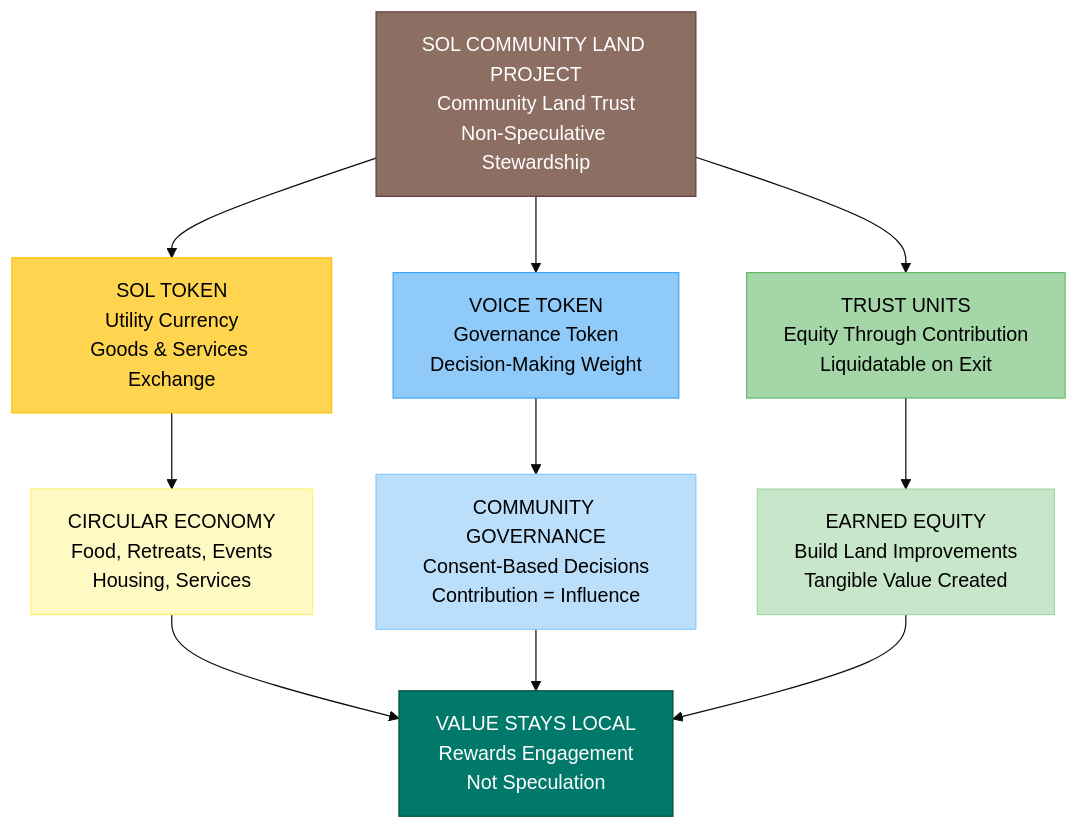
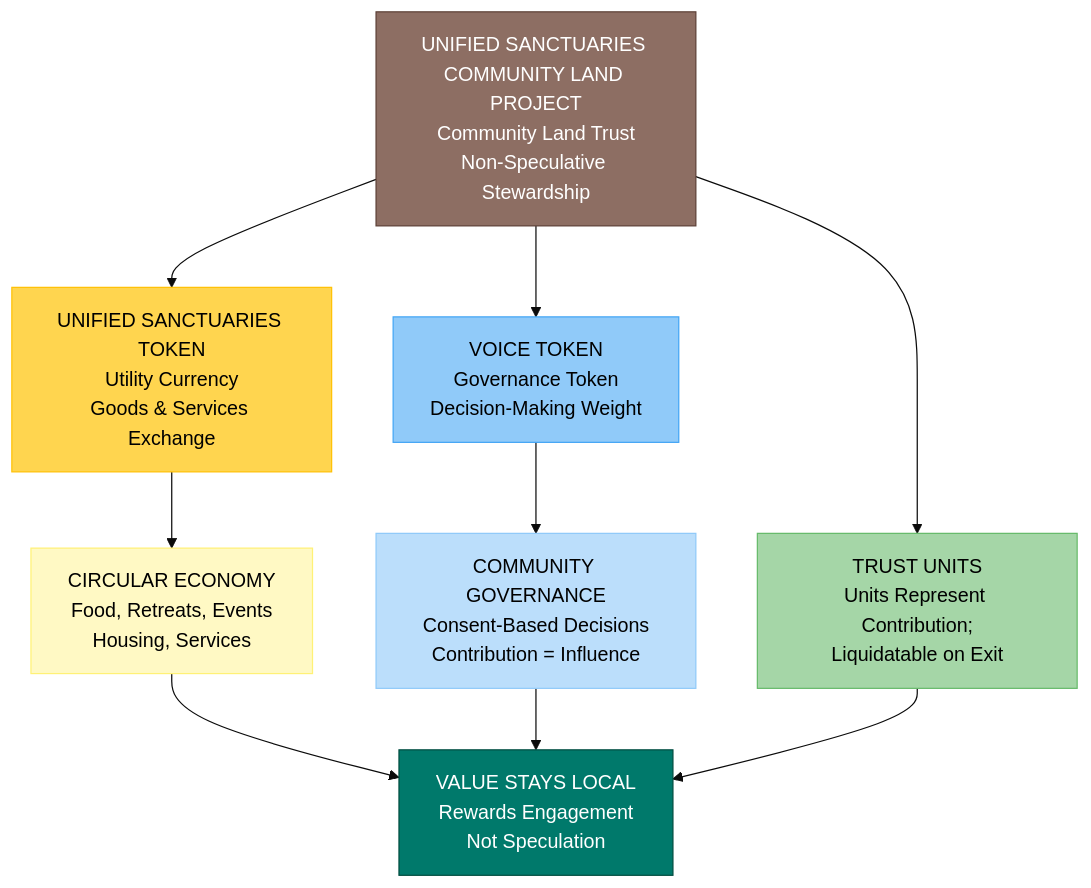
The third of 6 diagrams in unified-sanctuaries/EXECUTIVE-SUMMARY.md (Light-Brands/sydney), drawn with Mermaid (base theme) before and after one commit. The commit also changed other lines of this file, not shown here.

````diff
--- a/unified-sanctuaries/EXECUTIVE-SUMMARY.md
+++ b/unified-sanctuaries/EXECUTIVE-SUMMARY.md
@@ -118,25 +119,23 @@
 ```mermaid
 flowchart TD
-    CLT["SOL COMMUNITY LAND PROJECT<br/>Community Land Trust<br/>Non-Speculative Stewardship"]
+    CLT["UNIFIED SANCTUARIES COMMUNITY LAND PROJECT<br/>Community Land Trust<br/>Non-Speculative Stewardship"]
 
-    CLT --> SOL["SOL TOKEN<br/>Utility Currency<br/>Goods & Services Exchange"]
+    CLT --> SOL["UNIFIED SANCTUARIES TOKEN<br/>Utility Currency<br/>Goods & Services Exchange"]
     CLT --> VOICE["VOICE TOKEN<br/>Governance Token<br/>Decision-Making Weight"]
-    CLT --> TRUST["TRUST UNITS<br/>Equity Through Contribution<br/>Liquidatable on Exit"]
+    CLT --> TRUST["TRUST UNITS<br/>Units Represent Contribution;<br/>Liquidatable on Exit"]
 
     SOL --> CIRC["CIRCULAR ECONOMY<br/>Food, Retreats, Events<br/>Housing, Services"]
     VOICE --> GOV["COMMUNITY GOVERNANCE<br/>Consent-Based Decisions<br/>Contribution = Influence"]
-    TRUST --> EQ["EARNED EQUITY<br/>Build Land Improvements<br/>Tangible Value Created"]
 
     CIRC --> VALUE["VALUE STAYS LOCAL<br/>Rewards Engagement<br/>Not Speculation"]
     GOV --> VALUE
-    EQ --> VALUE
+    TRUST --> VALUE
 
     style CLT fill:#8D6E63,stroke:#5D4037,color:#fff
     style SOL fill:#FFD54F,stroke:#FFC107,color:#000
     style VOICE fill:#90CAF9,stroke:#42A5F5,color:#000
     style TRUST fill:#A5D6A7,stroke:#66BB6A,color:#000
     style CIRC fill:#FFF9C4,stroke:#FFF176,color:#000
     style GOV fill:#BBDEFB,stroke:#90CAF9,color:#000
-    style EQ fill:#C8E6C9,stroke:#A5D6A7,color:#000
     style VALUE fill:#00796B,stroke:#004D40,color:#fff
 ```
````
